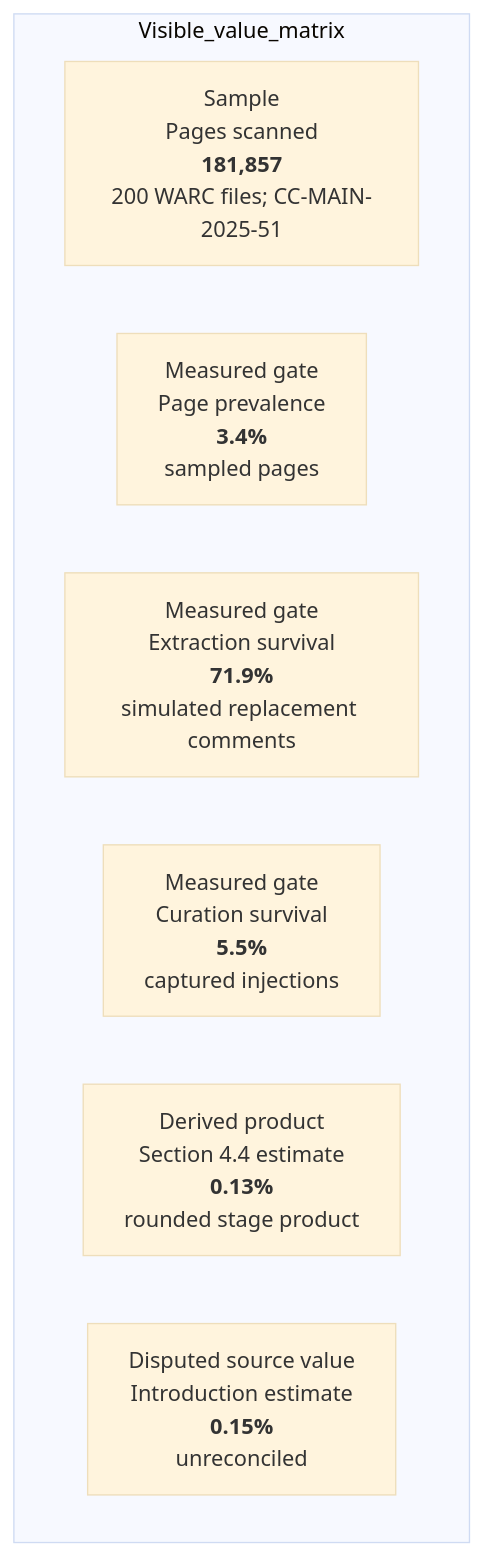
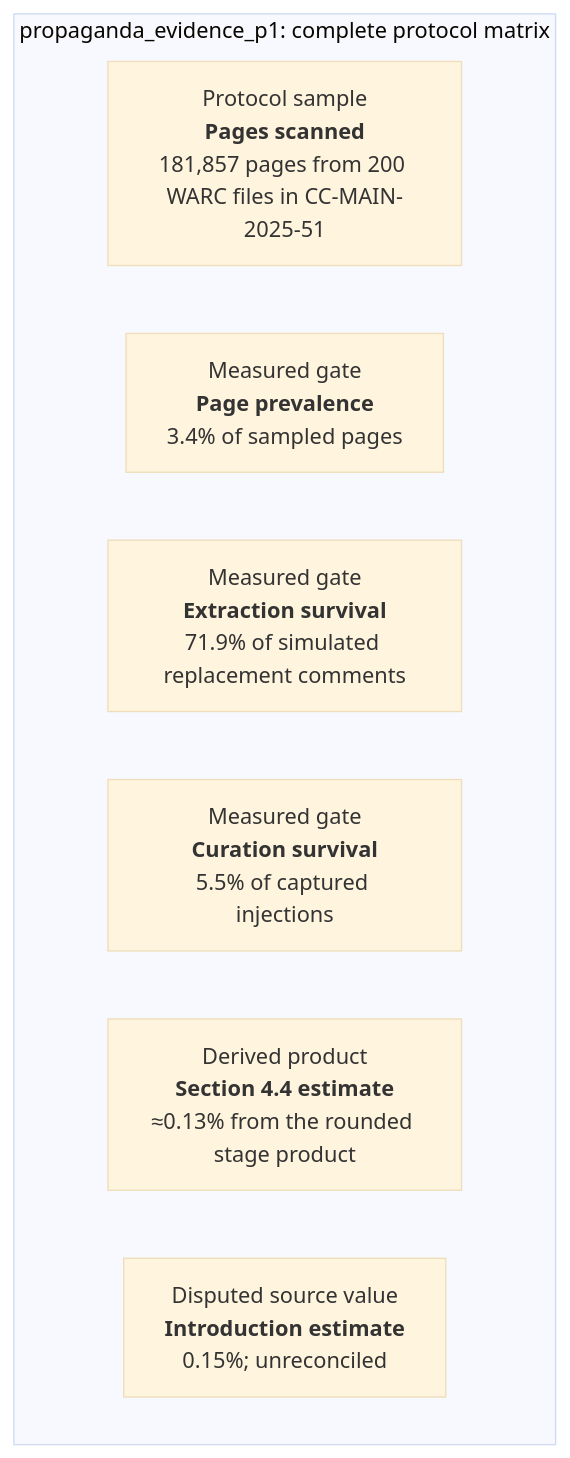
Diagram 29 of 48 in docs/visual-manifests/VISUAL_MANIFEST_COMPUTATIONAL_PROPAGANDA.md (Betancourt1/paper_atlas), drawn with Mermaid (base theme) before and after one commit. The commit also changed other lines of this file and 7 other files, not shown here.

````diff
--- a/docs/visual-manifests/VISUAL_MANIFEST_COMPUTATIONAL_PROPAGANDA.md
+++ b/docs/visual-manifests/VISUAL_MANIFEST_COMPUTATIONAL_PROPAGANDA.md
@@ -2444,11 +2440,11 @@
 ```mermaid
 flowchart TB
-  subgraph Visible_value_matrix
-    r1["Sample<br/>Pages scanned<br/><b>181,857</b><br/>200 WARC files; CC-MAIN-2025-51"]
-    r2["Measured gate<br/>Page prevalence<br/><b>3.4%</b><br/>sampled pages"]
-    r3["Measured gate<br/>Extraction survival<br/><b>71.9%</b><br/>simulated replacement comments"]
-    r4["Measured gate<br/>Curation survival<br/><b>5.5%</b><br/>captured injections"]
-    r5["Derived product<br/>Section 4.4 estimate<br/><b>0.13%</b><br/>rounded stage product"]
-    r6["Disputed source value<br/>Introduction estimate<br/><b>0.15%</b><br/>unreconciled"]
+  subgraph Ledger["propaganda_evidence_p1: complete protocol matrix"]
+    r1["Protocol sample<br/><b>Pages scanned</b><br/>181,857 pages from 200 WARC files in CC-MAIN-2025-51"]
+    r2["Measured gate<br/><b>Page prevalence</b><br/>3.4% of sampled pages"]
+    r3["Measured gate<br/><b>Extraction survival</b><br/>71.9% of simulated replacement comments"]
+    r4["Measured gate<br/><b>Curation survival</b><br/>5.5% of captured injections"]
+    r5["Derived product<br/><b>Section 4.4 estimate</b><br/>≈0.13% from the rounded stage product"]
+    r6["Disputed source value<br/><b>Introduction estimate</b><br/>0.15%; unreconciled"]
   end
 ```
````
